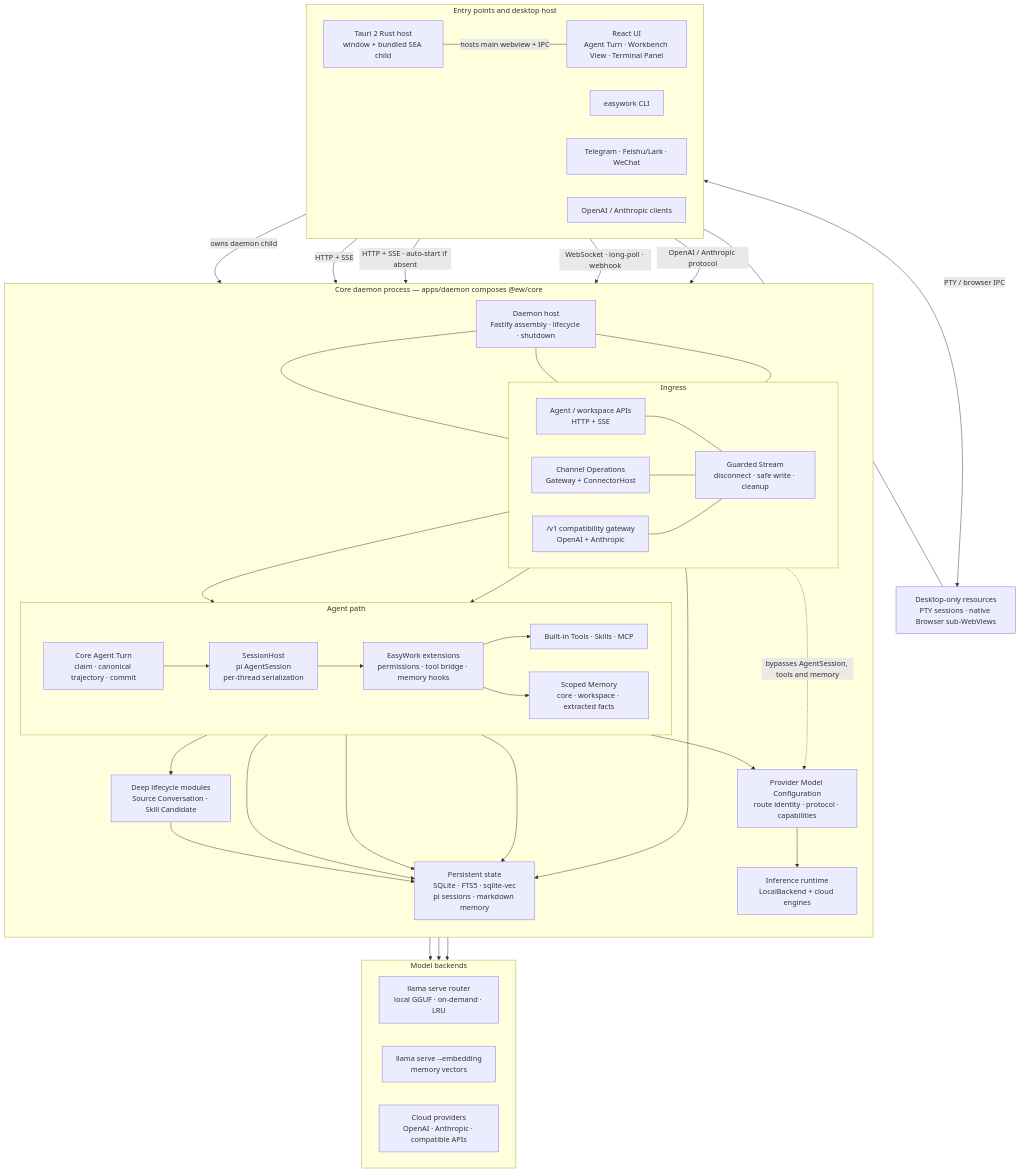
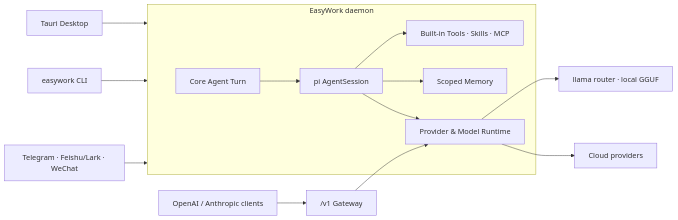
Before and after one commit to LunarCache/easywork: the diagram in README.md, drawn with Mermaid. The commit also changed other lines of this file and 1 other file, not shown here.

````diff
--- a/README.md
+++ b/README.md
@@ -42,81 +117,18 @@
 ```mermaid
-flowchart TB
-  subgraph Entry["Entry points and desktop host"]
-    direction LR
-    Desktop["Tauri 2 Rust host<br/>window + bundled SEA child"]
-    UI["React UI<br/>Agent Turn · Workbench View · Terminal Panel"]
-    CLI["easywork CLI"]
-    IM["Telegram · Feishu/Lark · WeChat"]
-    V1Clients["OpenAI / Anthropic clients"]
+flowchart LR
+  Desktop["Tauri Desktop"] --> Daemon
+  CLI["easywork CLI"] --> Daemon
+  Channels["Telegram · Feishu/Lark · WeChat"] --> Daemon
+  Clients["OpenAI / Anthropic clients"] --> Gateway["/v1 Gateway"]
+
+  subgraph Daemon["EasyWork daemon"]
+    AgentTurn["Core Agent Turn"] --> SessionHost["pi AgentSession"]
+    SessionHost --> Tools["Built-in Tools · Skills · MCP"]
+    SessionHost --> Memory["Scoped Memory"]
+    SessionHost --> Models["Provider & Model Runtime"]
   end
 
-  Native["Desktop-only resources<br/>PTY sessions · native Browser sub-WebViews"]
-
-  subgraph Daemon["Core daemon process — apps/daemon composes @ew/core"]
-    direction TB
-    Host["Daemon host<br/>Fastify assembly · lifecycle · shutdown"]
-
-    subgraph Ingress["Ingress"]
-      direction LR
-      AgentAPI["Agent / workspace APIs<br/>HTTP + SSE"]
-      ChannelOps["Channel Operations<br/>Gateway + ConnectorHost"]
-      Compat["/v1 compatibility gateway<br/>OpenAI + Anthropic"]
-      GuardedStream["Guarded Stream<br/>disconnect · safe write · cleanup"]
-    end
-
-    subgraph AgentPath["Agent path"]
-      direction LR
-      AgentTurnCore["Core Agent Turn<br/>claim · canonical trajectory · commit"]
-      SessionHost["SessionHost<br/>pi AgentSession<br/>per-thread serialization"]
-      Extensions["EasyWork extensions<br/>permissions · tool bridge · memory hooks"]
-      Capabilities["Built-in Tools · Skills · MCP"]
-      Memory["Scoped Memory<br/>core · workspace · extracted facts"]
-    end
-
-    ModelConfig["Provider Model Configuration<br/>route identity · protocol · capabilities"]
-    Runtime["Inference runtime<br/>LocalBackend + cloud engines"]
-    Lifecycles["Deep lifecycle modules<br/>Source Conversation · Skill Candidate"]
-    State["Persistent state<br/>SQLite · FTS5 · sqlite-vec<br/>pi sessions · markdown memory"]
-
-    Host --- AgentAPI
-    Host --- ChannelOps
-    Host --- Compat
-    AgentAPI --- GuardedStream
-    ChannelOps --- GuardedStream
-    Compat --- GuardedStream
-    AgentAPI --> AgentTurnCore
-    ChannelOps --> AgentTurnCore
-    AgentTurnCore --> SessionHost
-    SessionHost --> Extensions
-    Extensions --> Capabilities
-    Extensions --> Memory
-    SessionHost --> ModelConfig
-    AgentTurnCore --> Lifecycles
-    AgentTurnCore --> State
-    Lifecycles --> State
-    SessionHost --> State
-    ChannelOps --> State
-    Memory --> State
-    Compat -. "bypasses AgentSession, tools and memory" .-> ModelConfig
-    ModelConfig --> Runtime
-  end
-
-  subgraph Backends["Model backends"]
-    direction LR
-    Router["llama serve router<br/>local GGUF · on-demand · LRU"]
-    Embedding["llama serve --embedding<br/>memory vectors"]
-    Cloud["Cloud providers<br/>OpenAI · Anthropic · compatible APIs"]
-  end
-
-  Desktop ---|"hosts main webview + IPC"| UI
-  Desktop --- Native
-  UI <-->|"PTY / browser IPC"| Native
-  Desktop -->|"owns daemon child"| Host
-  UI -->|"HTTP + SSE"| AgentAPI
-  CLI -->|"HTTP + SSE · auto-start if absent"| AgentAPI
-  IM -->|"WebSocket · long-poll · webhook"| ChannelOps
-  V1Clients -->|"OpenAI / Anthropic protocol"| Compat
-  Runtime --> Router
-  Runtime --> Cloud
-  Memory --> Embedding
+  Gateway --> Models
+  Models --> Local["llama router · local GGUF"]
+  Models --> Cloud["Cloud providers"]
 ```
````
